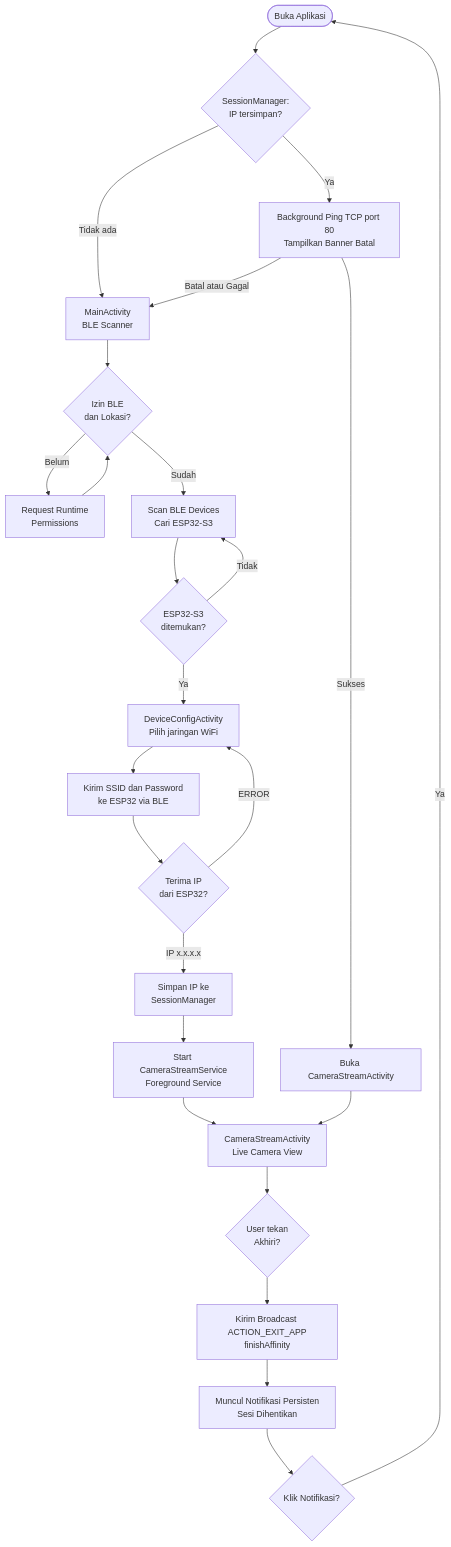
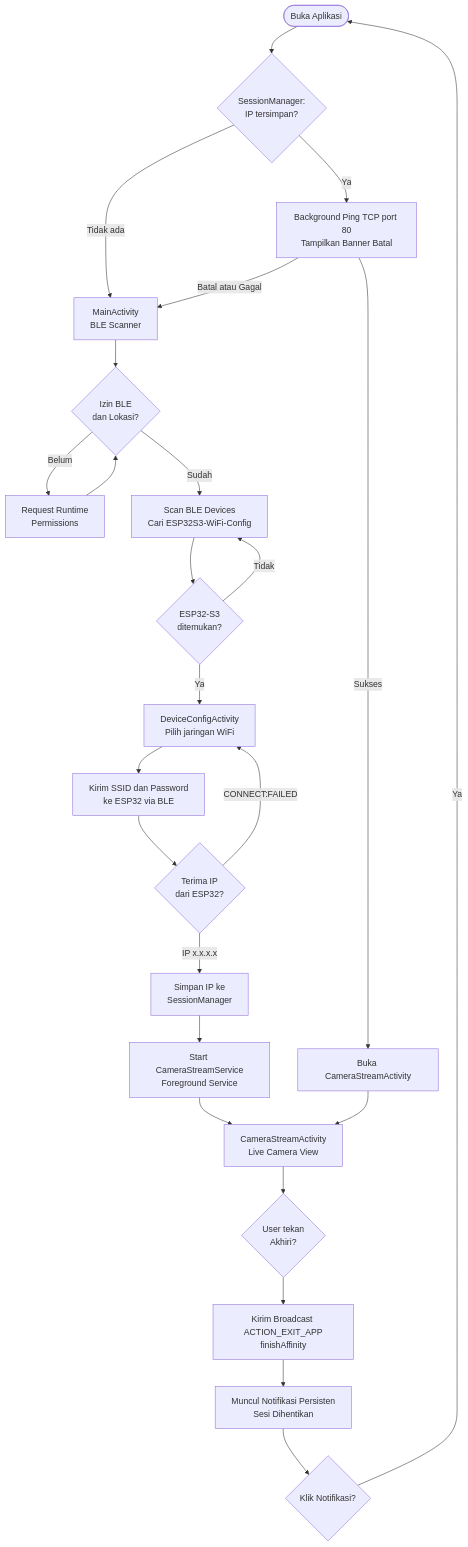
Before and after one commit to aan-andiyanaS/Mobile-EPS32-CAM: the second of 4 diagrams in README.md, drawn with Mermaid. The commit also changed other lines of this file and 1 other file, not shown here.

````diff
--- a/README.md
+++ b/README.md
@@ -101,35 +101,35 @@
 ```mermaid
 flowchart TD
     START([Buka Aplikasi]) --> CHECK{SessionManager:\nIP tersimpan?}
 
     CHECK -->|Ya| BG_PING[Background Ping TCP port 80<br/>Tampilkan Banner Batal]
     CHECK -->|Tidak ada| MAIN[MainActivity<br/>BLE Scanner]
     
     BG_PING -->|Sukses| RESUME[Buka CameraStreamActivity]
     BG_PING -->|Batal atau Gagal| MAIN
 
     MAIN --> PERM{Izin BLE<br/>dan Lokasi?}
     PERM -->|Belum| REQ[Request Runtime<br/>Permissions]
     REQ --> PERM
-    PERM -->|Sudah| SCAN[Scan BLE Devices<br/>Cari ESP32-S3]
+    PERM -->|Sudah| SCAN[Scan BLE Devices<br/>Cari ESP32S3-WiFi-Config]
 
     SCAN --> FOUND{ESP32-S3<br/>ditemukan?}
     FOUND -->|Tidak| SCAN
     FOUND -->|Ya| CONFIG[DeviceConfigActivity<br/>Pilih jaringan WiFi]
 
     CONFIG --> SEND[Kirim SSID dan Password<br/>ke ESP32 via BLE]
     SEND --> WAIT{Terima IP<br/>dari ESP32?}
-    WAIT -->|ERROR| CONFIG
+    WAIT -->|CONNECT:FAILED| CONFIG
     WAIT -->|IP x.x.x.x| SAVE[Simpan IP ke<br/>SessionManager]
 
     SAVE --> SERVICE[Start CameraStreamService<br/>Foreground Service]
     SERVICE --> CAMERA[CameraStreamActivity<br/>Live Camera View]
     RESUME --> CAMERA
 
     CAMERA --> BACK{User tekan<br/>Akhiri?}
     BACK --> EXIT[Kirim Broadcast ACTION_EXIT_APP<br/>finishAffinity]
     EXIT --> NOTIF[Muncul Notifikasi Persisten<br/>Sesi Dihentikan]
     
     NOTIF --> REOPEN{Klik Notifikasi?}
     REOPEN -->|Ya| START
 ```
````
